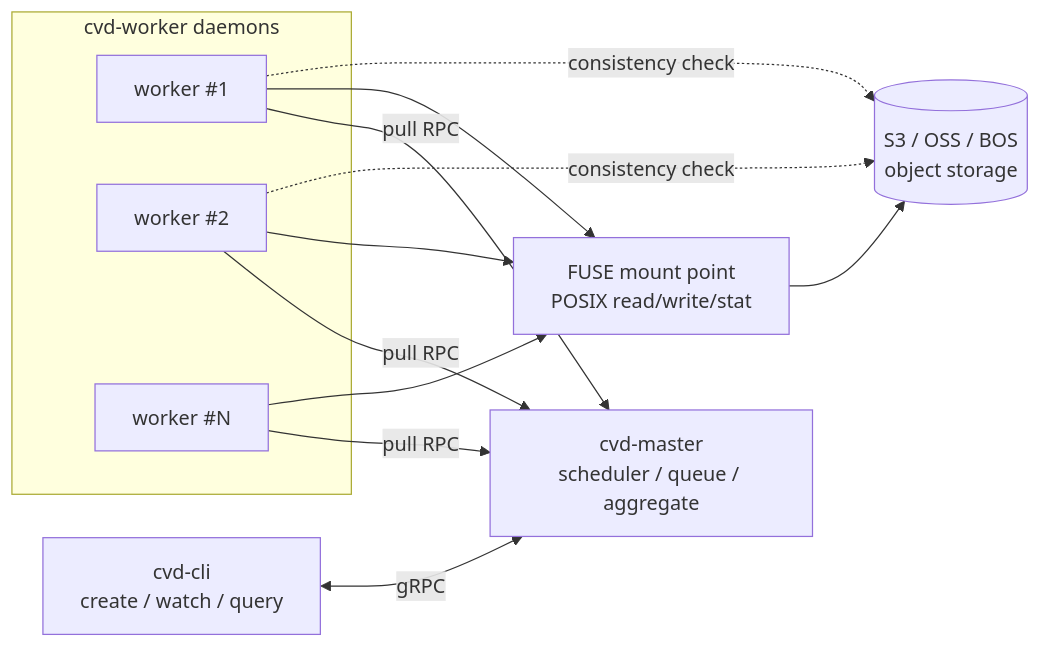
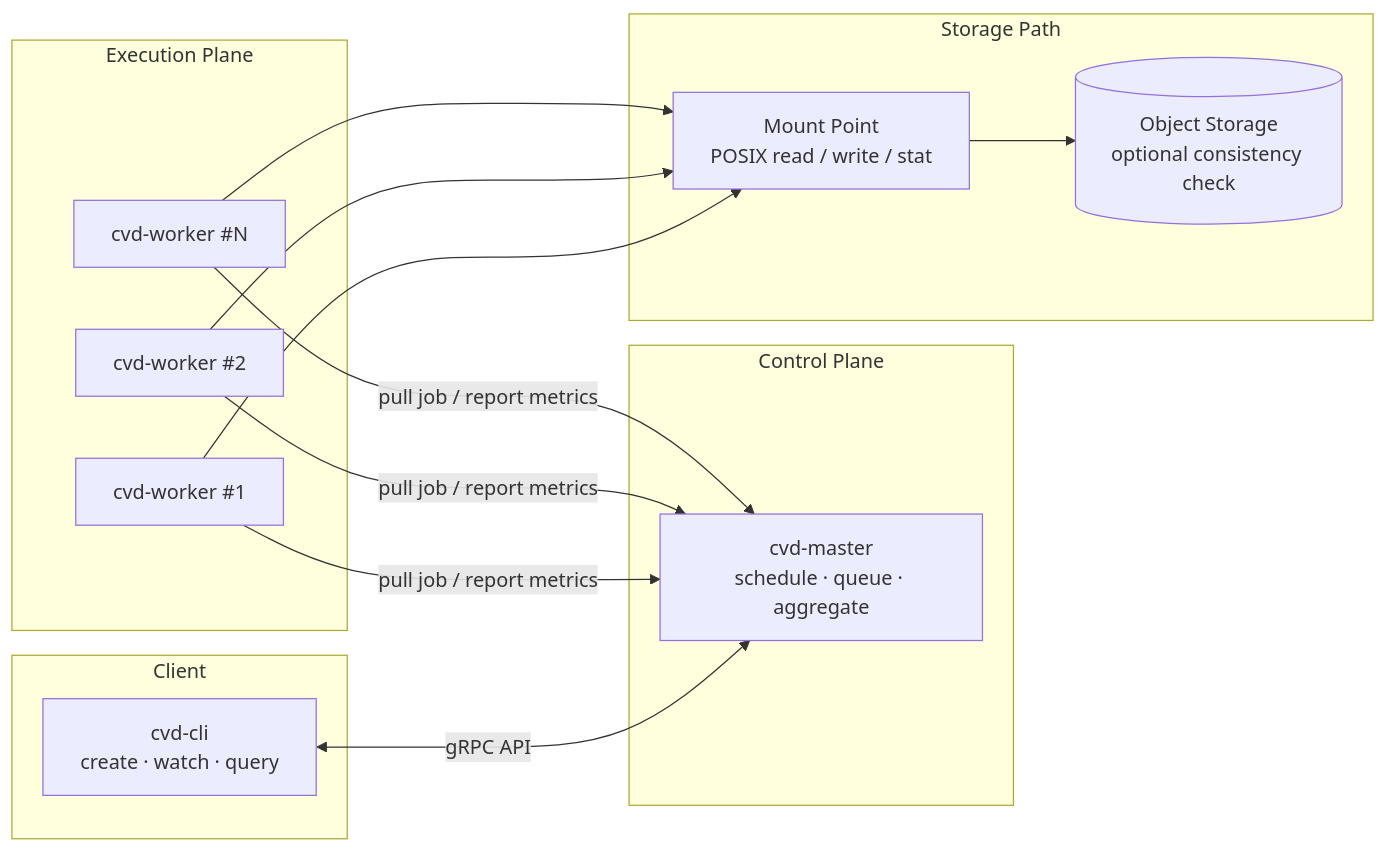
The diagram in README.md (yangcx000/cvdbench), drawn with Mermaid before and after one commit. The commit also changed other lines of this file, not shown here.

Commit message:
docs: polish README presentation

````diff
--- a/README.md
+++ b/README.md
@@ -52,25 +52,30 @@
 ```mermaid
 flowchart LR
-    cli["cvd-cli\ncreate / watch / query"]
-    master["cvd-master\nscheduler / queue / aggregate"]
-
-    subgraph workers["cvd-worker daemons"]
-        w1["worker #1"]
-        w2["worker #2"]
-        wn["worker #N"]
+    subgraph client["Client"]
+        cli["cvd-cli<br/>create · watch · query"]
     end
 
-    fuse["FUSE mount point\nPOSIX read/write/stat"]
-    object[("S3 / OSS / BOS\nobject storage")]
+    subgraph control["Control Plane"]
+        master["cvd-master<br/>schedule · queue · aggregate"]
+    end
 
-    cli <--> |gRPC| master
-    w1 --> |pull RPC| master
-    w2 --> |pull RPC| master
-    wn --> |pull RPC| master
-    w1 --> fuse
-    w2 --> fuse
-    wn --> fuse
-    fuse --> object
-    w1 -. consistency check .-> object
-    w2 -. consistency check .-> object
+    subgraph workers["Execution Plane"]
+        worker1["cvd-worker #1"]
+        worker2["cvd-worker #2"]
+        workerN["cvd-worker #N"]
+    end
+
+    subgraph storage["Storage Path"]
+        mount["Mount Point<br/>POSIX read / write / stat"]
+        object[("Object Storage<br/>optional consistency check")]
+    end
+
+    cli <-->|gRPC API| master
+    worker1 -->|pull job / report metrics| master
+    worker2 -->|pull job / report metrics| master
+    workerN -->|pull job / report metrics| master
+    worker1 --> mount
+    worker2 --> mount
+    workerN --> mount
+    mount --> object
 ```
````
